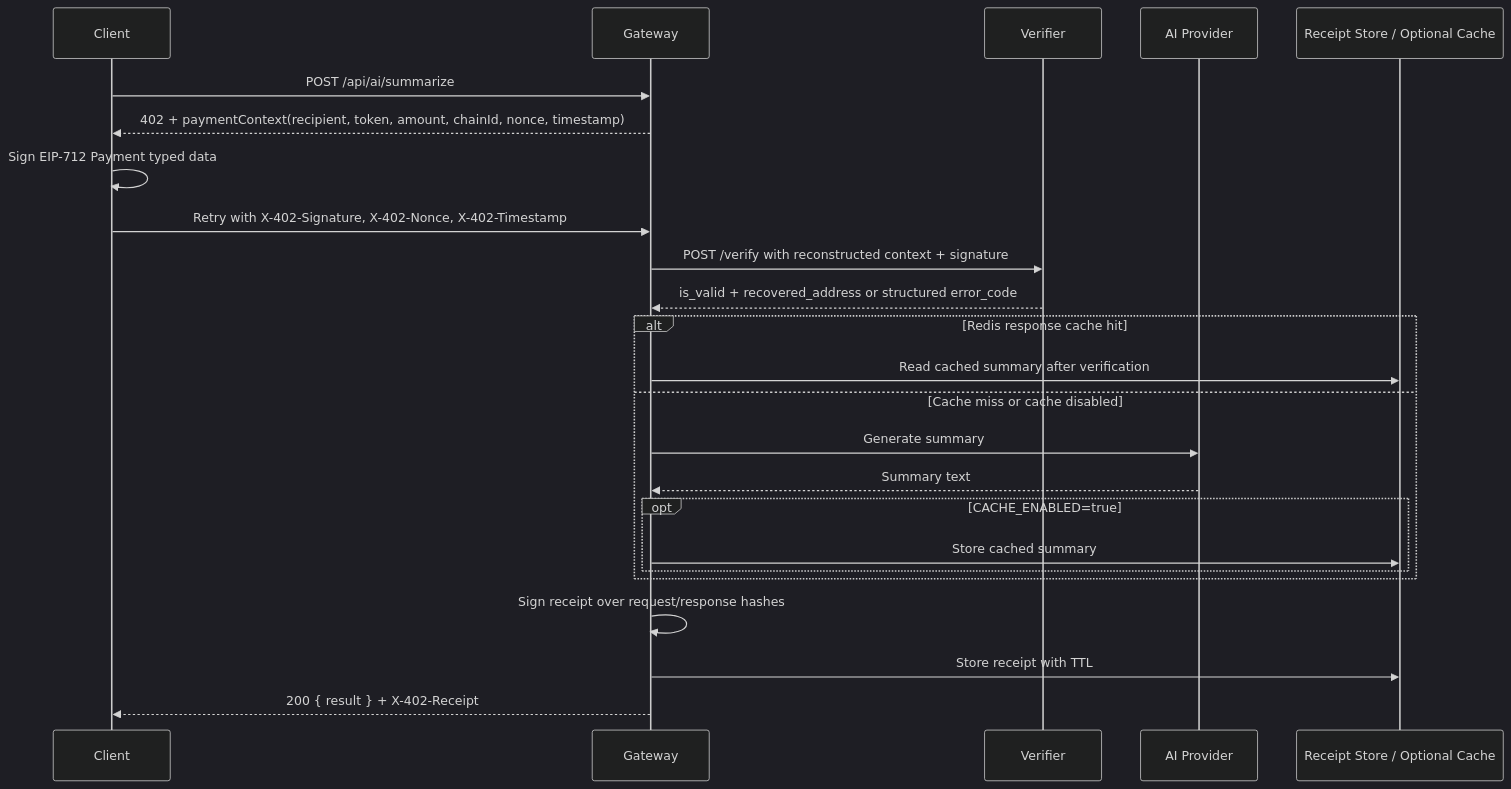
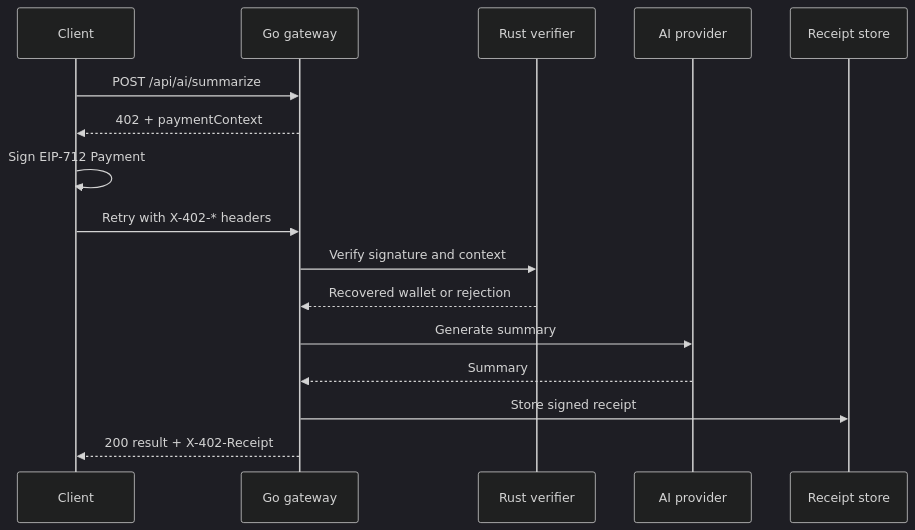
The first of 2 diagrams in README.md (AnkanMisra/MicroAI-Paygate), drawn with Mermaid (dark theme) before and after one commit. The commit also changed other lines of this file and 7 other files, not shown here.

````diff
--- a/README.md
+++ b/README.md
@@ -162,27 +54,19 @@
 ```mermaid
 sequenceDiagram
     participant C as Client
-    participant G as Gateway
-    participant V as Verifier
-    participant A as AI Provider
-    participant R as Receipt Store / Optional Cache
+    participant G as Go gateway
+    participant V as Rust verifier
+    participant A as AI provider
+    participant R as Receipt store
 
     C->>G: POST /api/ai/summarize
-    G-->>C: 402 + paymentContext(recipient, token, amount, chainId, nonce, timestamp)
-    C->>C: Sign EIP-712 Payment typed data
-    C->>G: Retry with X-402-Signature, X-402-Nonce, X-402-Timestamp
-    G->>V: POST /verify with reconstructed context + signature
-    V-->>G: is_valid + recovered_address or structured error_code
-    alt Redis response cache hit
-      G->>R: Read cached summary after verification
-    else Cache miss or cache disabled
-      G->>A: Generate summary
-      A-->>G: Summary text
-      opt CACHE_ENABLED=true
-        G->>R: Store cached summary
-      end
-    end
-    G->>G: Sign receipt over request/response hashes
-    G->>R: Store receipt with TTL
-    G-->>C: 200 { result } + X-402-Receipt
+    G-->>C: 402 + paymentContext
+    C->>C: Sign EIP-712 Payment
+    C->>G: Retry with X-402-* headers
+    G->>V: Verify signature and context
+    V-->>G: Recovered wallet or rejection
+    G->>A: Generate summary
+    A-->>G: Summary
+    G->>R: Store signed receipt
+    G-->>C: 200 result + X-402-Receipt
 ```
````
